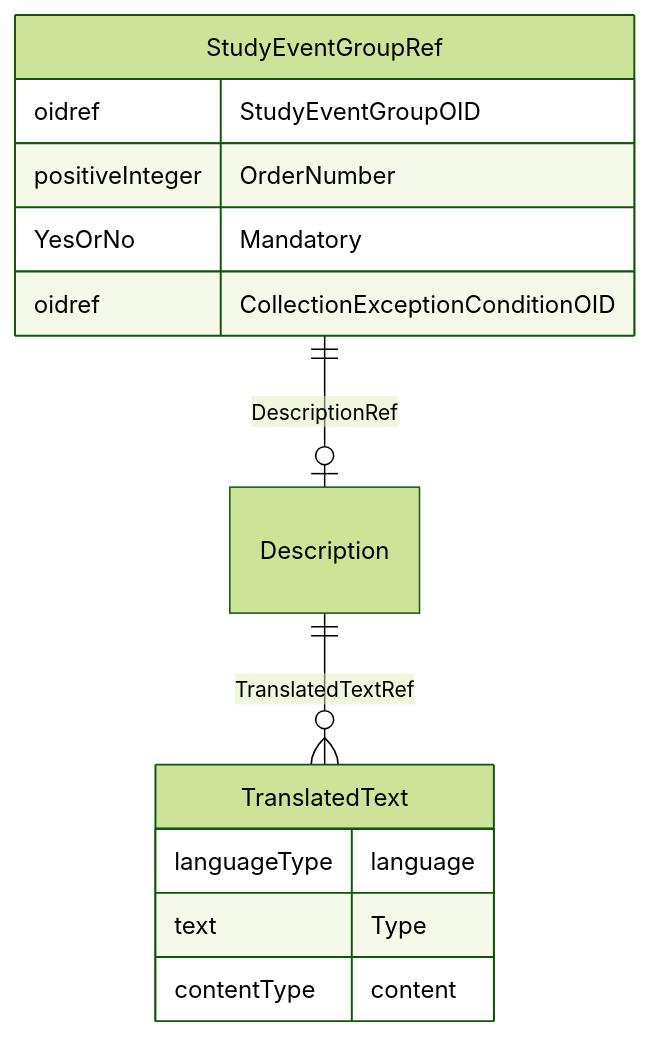
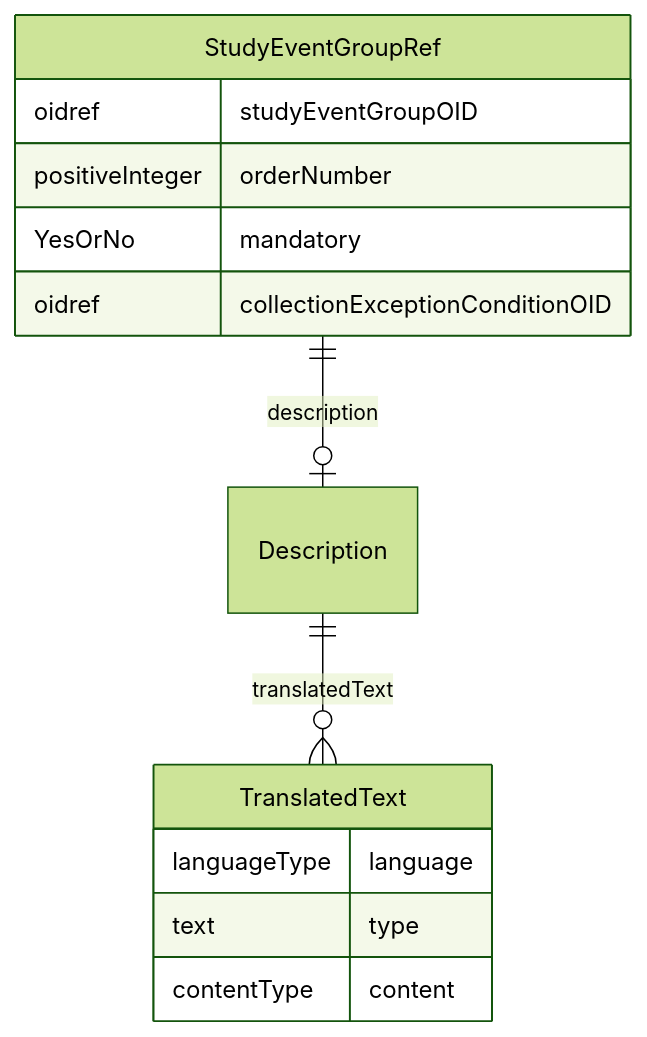
Before and after one commit to cdisc-org/DataExchange-ODM-LinkML: the diagram in docs/StudyEventGroupRef.md, drawn with Mermaid (forest theme). The commit also changed other lines of this file and 759 other files, not shown here.

````diff
--- a/docs/StudyEventGroupRef.md
+++ b/docs/StudyEventGroupRef.md
@@ -11,21 +11,21 @@
 ```mermaid
 erDiagram
 StudyEventGroupRef {
-    oidref StudyEventGroupOID  
-    positiveInteger OrderNumber  
-    YesOrNo Mandatory  
-    oidref CollectionExceptionConditionOID  
+    oidref studyEventGroupOID  
+    positiveInteger orderNumber  
+    YesOrNo mandatory  
+    oidref collectionExceptionConditionOID  
 }
 Description {
 
 }
 TranslatedText {
     languageType language  
-    text Type  
+    text type  
     contentType content  
 }
 
-StudyEventGroupRef ||--|o Description : "DescriptionRef"
-Description ||--}o TranslatedText : "TranslatedTextRef"
+StudyEventGroupRef ||--|o Description : "description"
+Description ||--}o TranslatedText : "translatedText"
 
 ```
````
